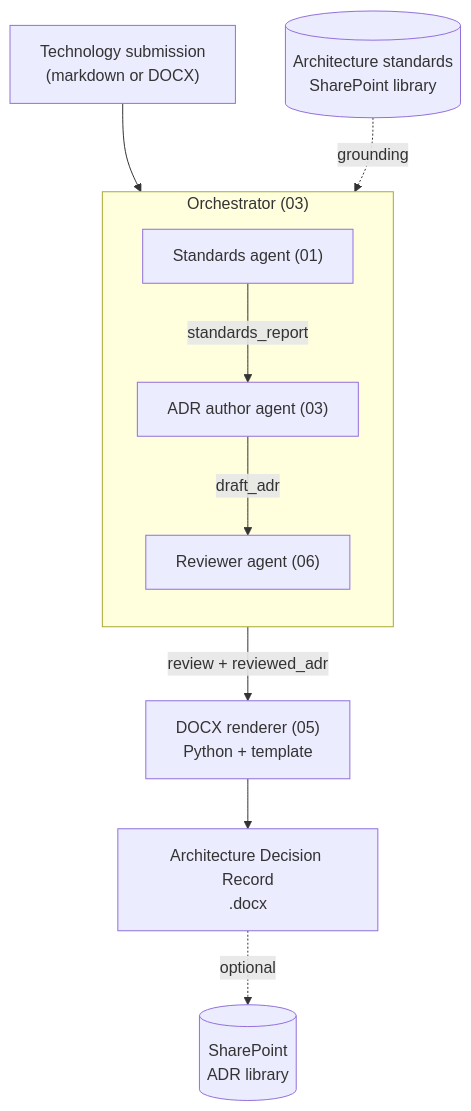
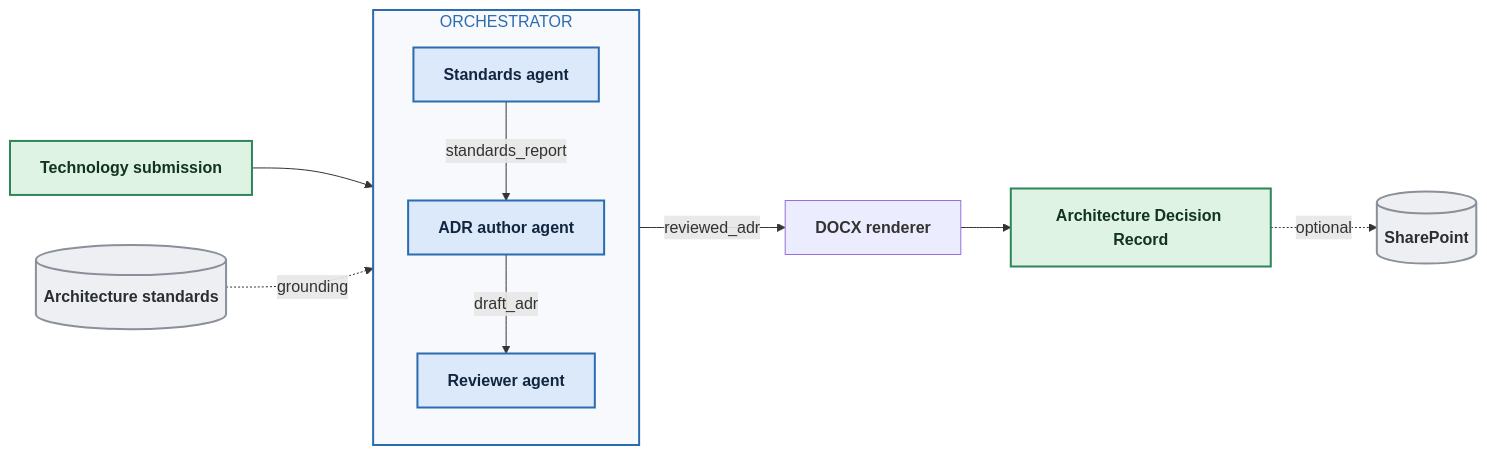
One commit to soummyaa/architecture-review-agent-reference changed the diagram in docs/architecture.md. Above: the diagram before and after it, drawn with Mermaid.

Commit message:
Style the architecture diagram

````diff
--- a/docs/architecture.md
+++ b/docs/architecture.md
@@ -5,24 +5,34 @@
 ```mermaid
-flowchart TD
-    SUB["Technology submission<br/>(markdown or DOCX)"]
+flowchart LR
+    SUB["<b>Technology submission</b>"]
+    STDS[("<b>Architecture standards</b>")]
 
-    subgraph ORCH["Orchestrator (03)"]
+    subgraph ORCH ["ORCHESTRATOR"]
         direction TB
-        SA["Standards agent (01)"]
-        AA["ADR author agent (03)"]
-        RA["Reviewer agent (06)"]
-        SA -->|"standards_report"| AA
-        AA -->|"draft_adr"| RA
+        SA["<b>Standards agent</b>"]
+        AA["<b>ADR author agent</b>"]
+        RA["<b>Reviewer agent</b>"]
+        SA -- "standards_report" --> AA
+        AA -- "draft_adr" --> RA
     end
 
-    STDS[("Architecture standards<br/>SharePoint library")]
-    REND["DOCX renderer (05)<br/>Python + template"]
-    DOC["Architecture Decision Record<br/>.docx"]
-    SP[("SharePoint<br/>ADR library")]
+    REND["<b>DOCX renderer</b>"]
+    DOC["<b>Architecture Decision Record</b>"]
+    SP[("<b>SharePoint</b>")]
 
     SUB --> SA
-    STDS -.->|grounding| SA
-    RA -->|"review + reviewed_adr"| REND
+    STDS -. "grounding" .-> SA
+    RA -- "reviewed_adr" --> REND
     REND --> DOC
-    DOC -.->|optional| SP
+    DOC -. "optional" .-> SP
+
+    classDef agent fill:#DCE9FB,stroke:#2B6CB0,stroke-width:2px,color:#12263F
+    classDef store fill:#EDEFF2,stroke:#8A9099,stroke-width:2px,color:#2A2E33
+    classDef doc fill:#DFF3E4,stroke:#2F855A,stroke-width:2px,color:#12341F
+
+    class SA,AA,RA agent
+    class STDS,SP store
+    class SUB,DOC doc
+
+    style ORCH fill:#F7F9FC,stroke:#2B6CB0,stroke-width:2px,color:#2B6CB0
 ```
````
